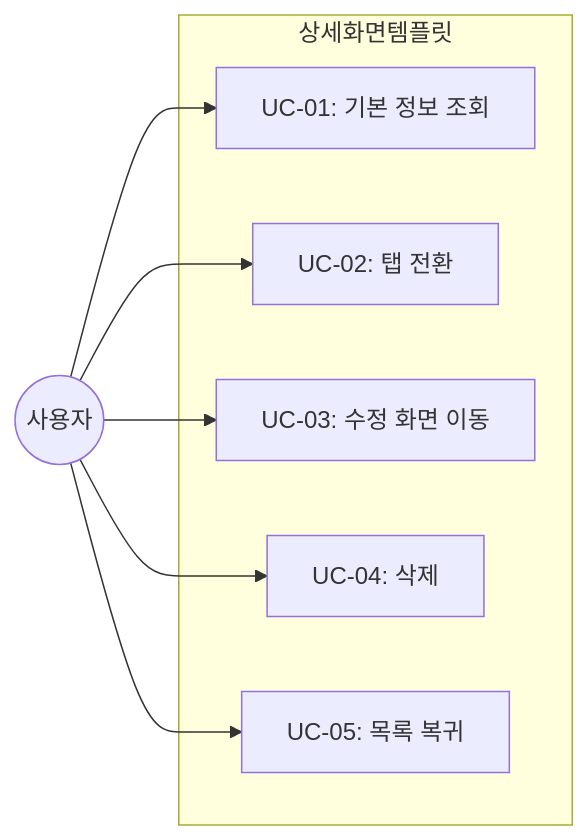
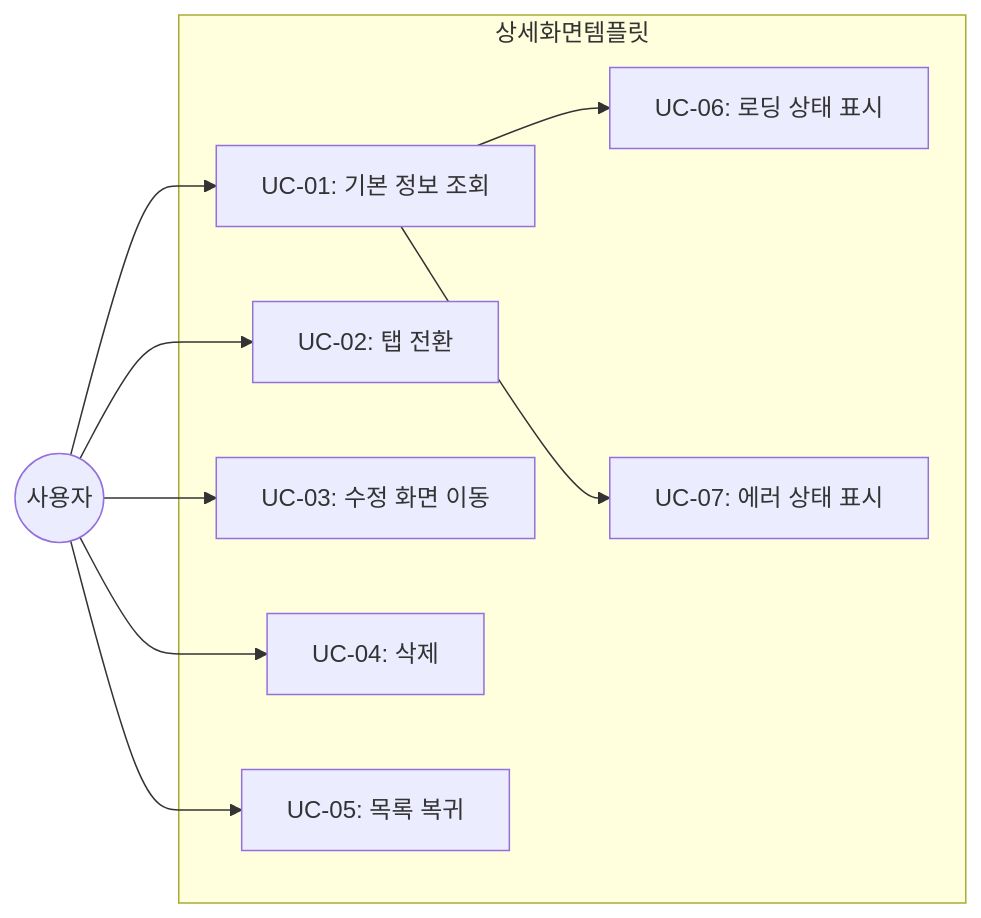
The first of 3 diagrams in .orchay/projects/mes-portal/tasks/TSK-06-02/010-design.md (jongik-sv/mes-poc), drawn with Mermaid before and after one commit. The commit also changed other lines of this file and 7 other files, not shown here.

````diff
--- a/.orchay/projects/mes-portal/tasks/TSK-06-02/010-design.md
+++ b/.orchay/projects/mes-portal/tasks/TSK-06-02/010-design.md
@@ -72,16 +99,20 @@
 ```mermaid
 flowchart LR
     subgraph 상세화면템플릿
         UC01[UC-01: 기본 정보 조회]
         UC02[UC-02: 탭 전환]
         UC03[UC-03: 수정 화면 이동]
         UC04[UC-04: 삭제]
         UC05[UC-05: 목록 복귀]
+        UC06[UC-06: 로딩 상태 표시]
+        UC07[UC-07: 에러 상태 표시]
     end
 
     사용자((사용자)) --> UC01
     사용자 --> UC02
     사용자 --> UC03
     사용자 --> UC04
     사용자 --> UC05
+    UC01 --> UC06
+    UC01 --> UC07
 ```
````
